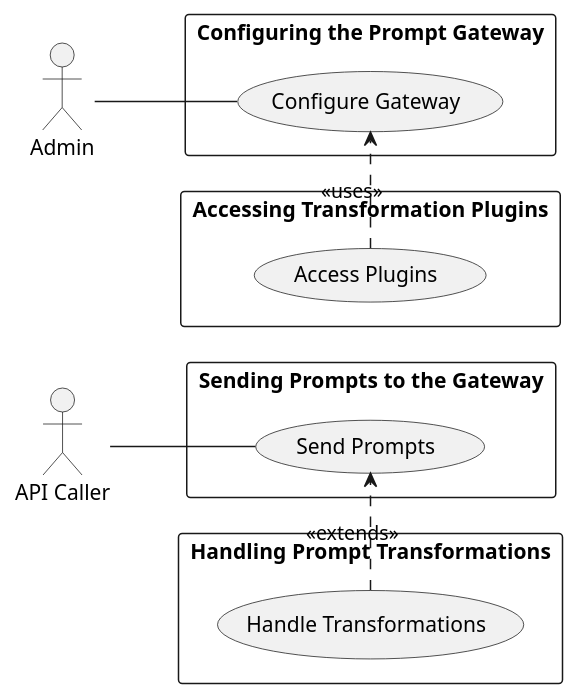
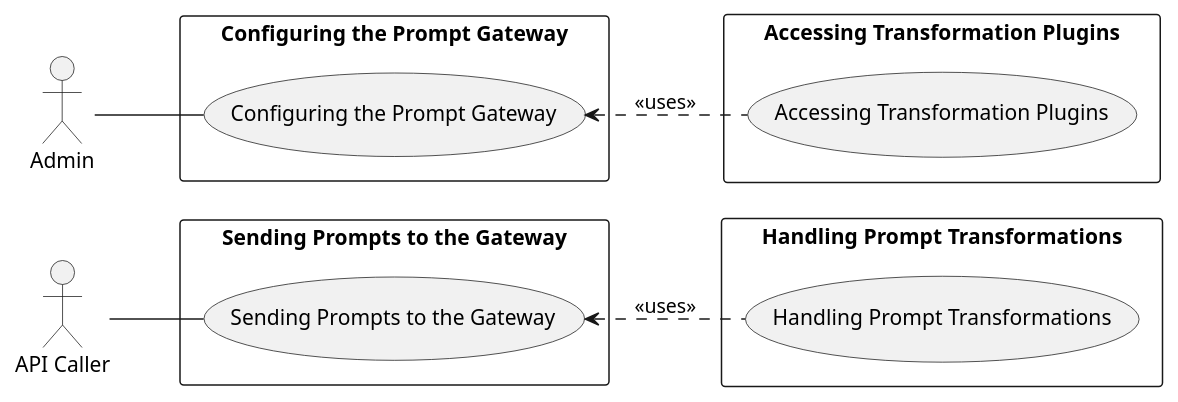
The first of 21 diagrams in Design_Document_Prompt_Gateway_RESTful_API_LLM.md (o2alexanderfedin/AI-demos), drawn with PlantUML before and after one commit. The commit also changed other lines of this file, not shown here.

````diff
--- a/Design_Document_Prompt_Gateway_RESTful_API_LLM.md
+++ b/Design_Document_Prompt_Gateway_RESTful_API_LLM.md
@@ -17,19 +27,23 @@
 ```plantuml
 @startuml
 left to right direction
 actor "API Caller" as API
 actor "Admin" as Admin
-rectangle "Sending Prompts to the Gateway" as UC1 {
-  API -- (Send Prompts)
+rectangle "Sending Prompts to the Gateway" as SPG {
+  (Sending Prompts to the Gateway) as SPG1
+  API -- SPG1
 }
-rectangle "Handling Prompt Transformations" as UC2 {
-  (Handle Transformations) .> (Send Prompts) : <<extends>>
+rectangle "Handling Prompt Transformations" as HPT {
+  (Handling Prompt Transformations) as HPT1
+  SPG1 <.. HPT1 : <<uses>>
 }
-rectangle "Configuring the Prompt Gateway" as UC3 {
-  Admin -- (Configure Gateway)
+rectangle "Configuring the Prompt Gateway" as CPG {
+  (Configuring the Prompt Gateway) as CPG1
+  Admin -- CPG1
 }
-rectangle "Accessing Transformation Plugins" as UC4 {
-  (Access Plugins) .> (Configure Gateway) : <<uses>>
+rectangle "Accessing Transformation Plugins" as ATP {
+  (Accessing Transformation Plugins) as ATP1
+  CPG1 <.. ATP1 : <<uses>>
 }
 @enduml
 ```
````
